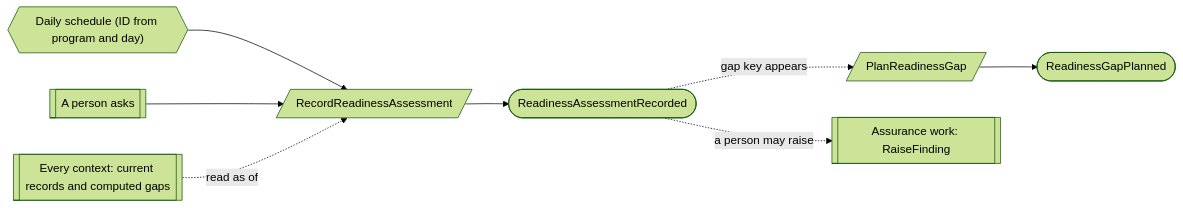
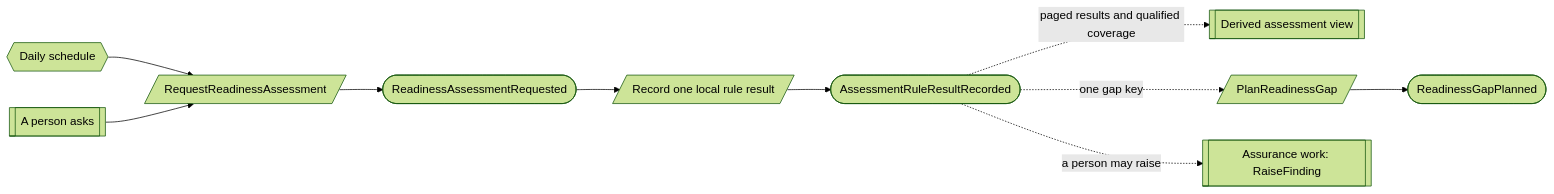
The first of 2 diagrams in docs/proposed/contexts/readiness.md (bdgrz/compliance-core), drawn with Mermaid (forest theme) before and after one commit. The commit also changed other lines of this file and 1812 other files, not shown here.

````diff
--- a/docs/proposed/contexts/readiness.md
+++ b/docs/proposed/contexts/readiness.md
@@ -109,9 +194,11 @@
 ```mermaid
 flowchart LR
-    S{{"Daily schedule (ID from program and day)"}} --> C1[/RecordReadinessAssessment/]
+    S{{"Daily schedule"}} --> C1[/RequestReadinessAssessment/]
     P[[A person asks]] --> C1
-    X1[[Every context: current records and computed gaps]] -. "read as of" .-> C1
-    C1 --> E1([ReadinessAssessmentRecorded])
-    E1 -. "gap key appears" .-> C2[/PlanReadinessGap/] --> E2([ReadinessGapPlanned])
-    E1 -. "a person may raise" .-> X2[[Assurance work: RaiseFinding]]
+    C1 --> R([ReadinessAssessmentRequested])
+    R --> C2[/Record one local rule result/]
+    C2 --> E([AssessmentRuleResultRecorded])
+    E -. "paged results and qualified coverage" .-> V[[Derived assessment view]]
+    E -. "one gap key" .-> C3[/PlanReadinessGap/] --> G([ReadinessGapPlanned])
+    E -. "a person may raise" .-> F[[Assurance work: RaiseFinding]]
 ```
````
